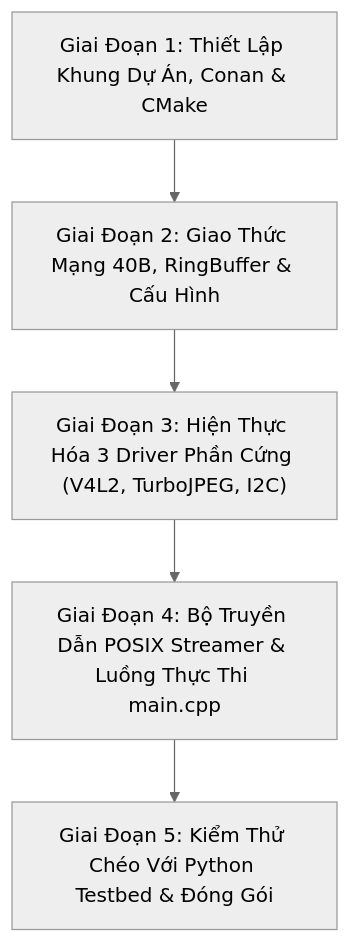
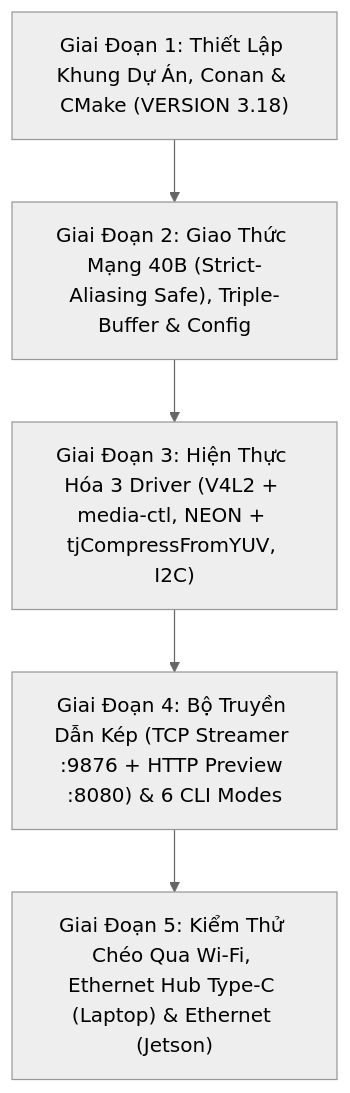
One commit to phamvantienkiz/monocular-spatial-vision changed the diagram in docs/implementation/release-1c/solutionsc/05-cpp-implementation-master-plan.md. Above: the diagram before and after it, drawn with Mermaid (neutral theme). The commit also changed other lines of this file and 28 other files, not shown here.

````diff
--- a/docs/implementation/release-1c/solutionsc/05-cpp-implementation-master-plan.md
+++ b/docs/implementation/release-1c/solutionsc/05-cpp-implementation-master-plan.md
@@ -91,10 +86,10 @@
 ```mermaid
 flowchart TD
-    P1["Giai Đoạn 1: Thiết Lập Khung Dự Án, Conan & CMake"]
-    P2["Giai Đoạn 2: Giao Thức Mạng 40B, RingBuffer & Cấu Hình"]
-    P3["Giai Đoạn 3: Hiện Thực Hóa 3 Driver Phần Cứng (V4L2, TurboJPEG, I2C)"]
-    P4["Giai Đoạn 4: Bộ Truyền Dẫn POSIX Streamer & Luồng Thực Thi main.cpp"]
-    P5["Giai Đoạn 5: Kiểm Thử Chéo Với Python Testbed & Đóng Gói"]
+    P1["Giai Đoạn 1: Thiết Lập Khung Dự Án, Conan & CMake (VERSION 3.18)"]
+    P2["Giai Đoạn 2: Giao Thức Mạng 40B (Strict-Aliasing Safe), Triple-Buffer & Config"]
+    P3["Giai Đoạn 3: Hiện Thực Hóa 3 Driver (V4L2 + media-ctl, NEON + tjCompressFromYUV, I2C)"]
+    P4["Giai Đoạn 4: Bộ Truyền Dẫn Kép (TCP Streamer :9876 + HTTP Preview :8080) & 6 CLI Modes"]
+    P5["Giai Đoạn 5: Kiểm Thử Chéo Qua Wi-Fi, Ethernet Hub Type-C (Laptop) & Ethernet (Jetson)"]
 
     P1 --> P2 --> P3 --> P4 --> P5
 ```
````
